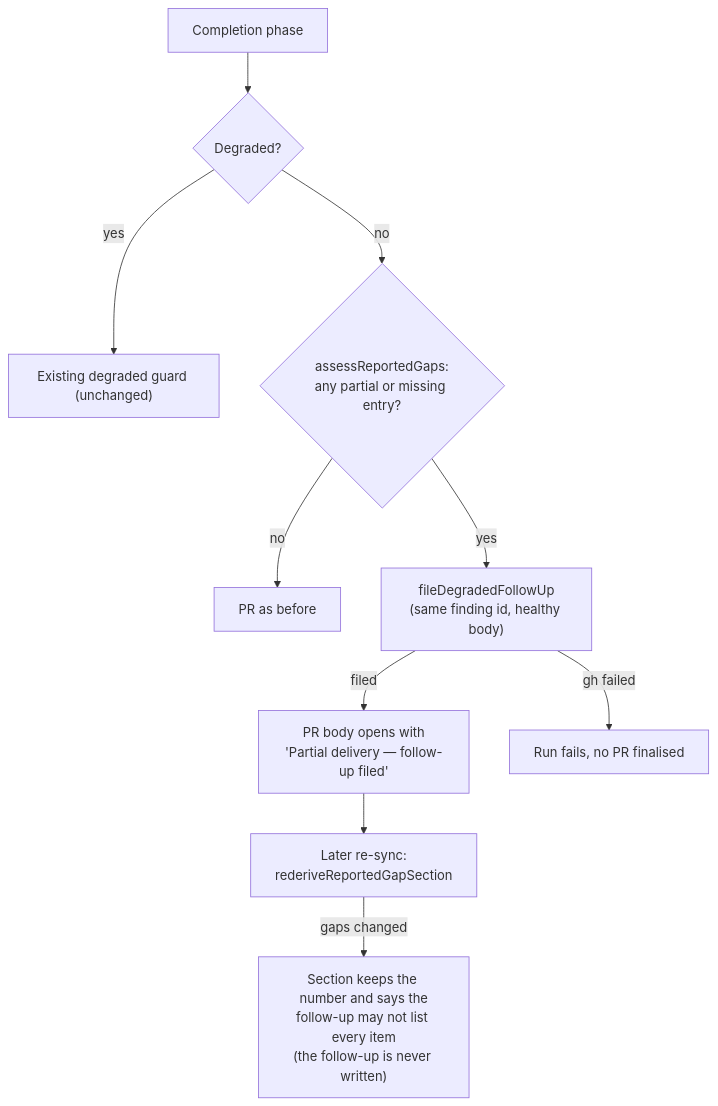
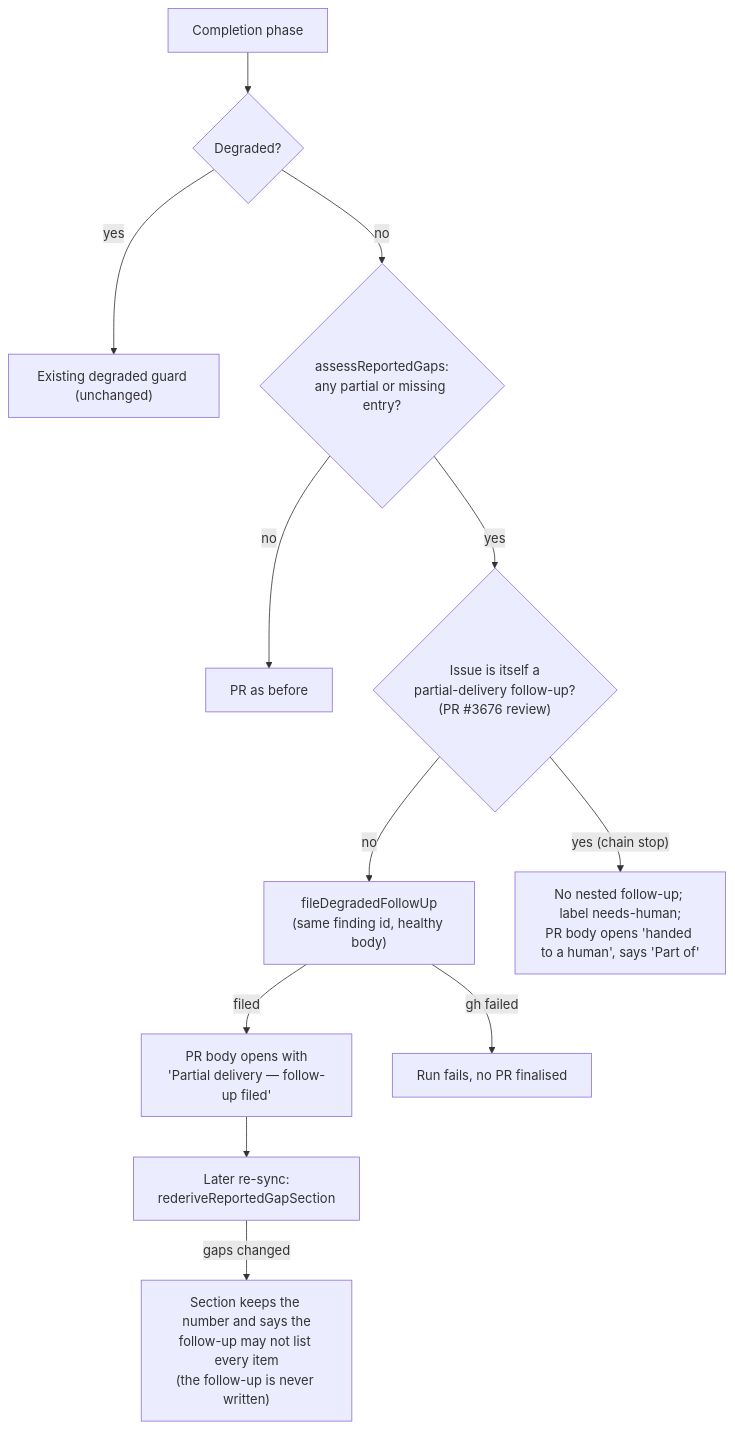
One commit to stSoftwareAU/VibeCoder changed the diagram in docs/archive/pr-summaries/pr-summary-3506.md. Above: the diagram before and after it, drawn with Mermaid. The commit also changed other lines of this file and 3 other files, not shown here.

First line of the commit message:
Scope the chain-stop restatements to healthy runs and fix the PR #3676 summary

````diff
--- a/docs/archive/pr-summaries/pr-summary-3506.md
+++ b/docs/archive/pr-summaries/pr-summary-3506.md
@@ -66,12 +66,14 @@
 ```mermaid
 flowchart TD
     R["Completion phase"] --> D{"Degraded?"}
     D -- yes --> G["Existing degraded guard (unchanged)"]
     D -- no --> H{"assessReportedGaps:<br/>any partial or missing entry?"}
     H -- no --> P["PR as before"]
-    H -- yes --> F["fileDegradedFollowUp<br/>(same finding id, healthy body)"]
+    H -- yes --> C{"Issue is itself a<br/>partial-delivery follow-up?<br/>(PR #3676 review)"}
+    C -- no --> F["fileDegradedFollowUp<br/>(same finding id, healthy body)"]
+    C -- "yes (chain stop)" --> CS["No nested follow-up; label needs-human;<br/>PR body opens 'handed to a human', says 'Part of'"]
     F -- filed --> S["PR body opens with<br/>'Partial delivery — follow-up filed'"]
     F -- "gh failed" --> X["Run fails, no PR finalised"]
     S --> Y["Later re-sync:<br/>rederiveReportedGapSection"]
     Y -- "gaps changed" --> U["Section keeps the number and says the<br/>follow-up may not list every item<br/>(the follow-up is never written)"]
 ```
````
